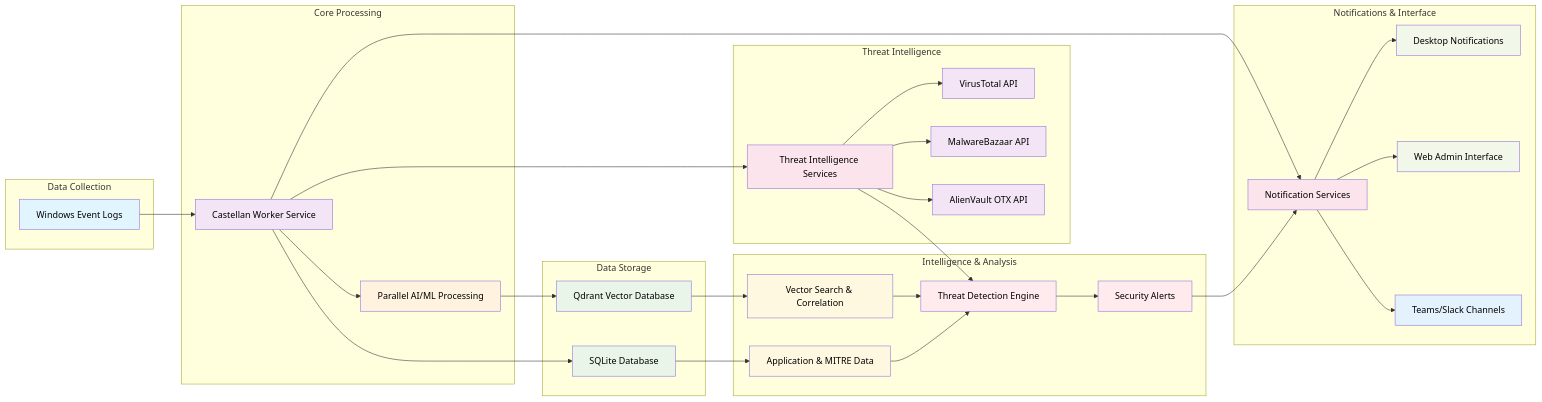
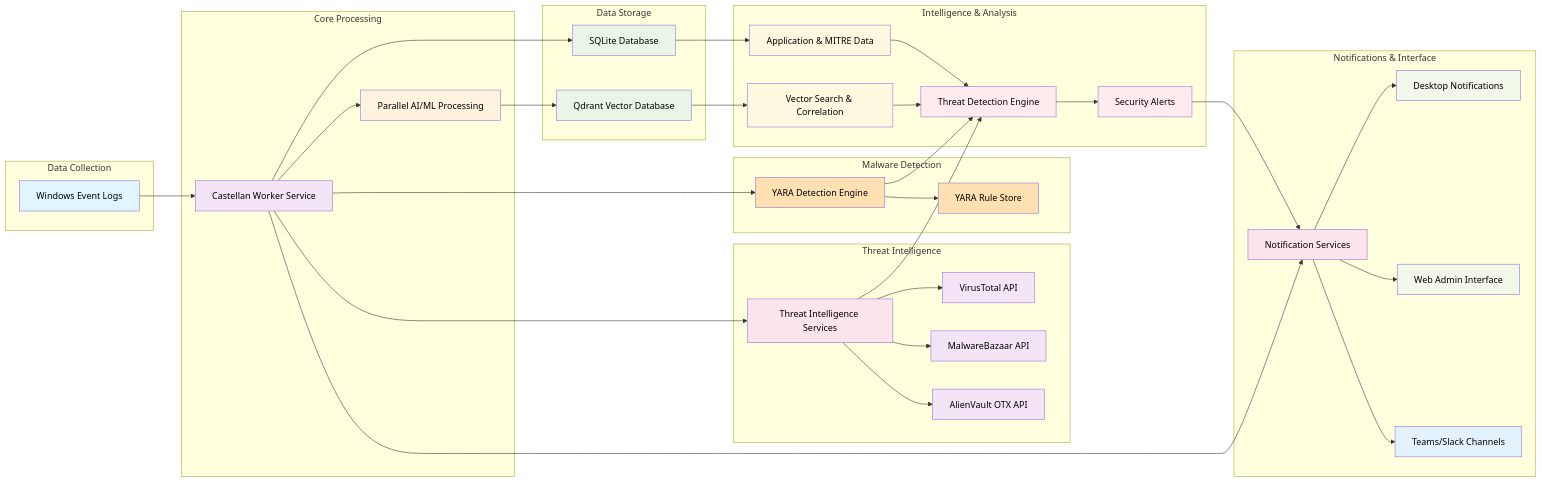
Before and after one commit to MLidstrom/Castellan: the first of 3 diagrams in docs/ARCHITECTURE.md, drawn with Mermaid. The commit also changed other lines of this file and 5 other files, not shown here.

First line of the commit message:
Updated all major documentation files to include YARA malware detection features. Added comprehensive API documentation, architecture diagrams, and created dedicated YARA documentation guide.

````diff
--- a/docs/ARCHITECTURE.md
+++ b/docs/ARCHITECTURE.md
@@ -24,9 +25,11 @@
     C --> D[Qdrant Vector Database]
     B --> K[SQLite Database]
     B --> N[Threat Intelligence Services]
+    B --> R[YARA Detection Engine]
     N --> O[VirusTotal API]
     N --> P[MalwareBazaar API]
     N --> Q[AlienVault OTX API]
+    R --> S[YARA Rule Store]
     B --> E[Notification Services]
     E --> F[Desktop Notifications]
     E --> G[Web Admin Interface]
@@ -34,6 +37,7 @@
     D --> H[Vector Search & Correlation]
     K --> L[Application & MITRE Data]
     N --> I[Threat Detection Engine]
+    R --> I
     H --> I
     I --> J[Security Alerts]
     J --> E
@@ -58,6 +62,11 @@
         O
         P
         Q
+    end
+    
+    subgraph "Malware Detection"
+        R
+        S
     end
     
     subgraph "Intelligence & Analysis"
@@ -91,4 +100,6 @@
     style O fill:#f3e5f5,color:#000
     style P fill:#f3e5f5,color:#000
     style Q fill:#f3e5f5,color:#000
+    style R fill:#ffe0b2,color:#000
+    style S fill:#ffe0b2,color:#000
 ```
````
